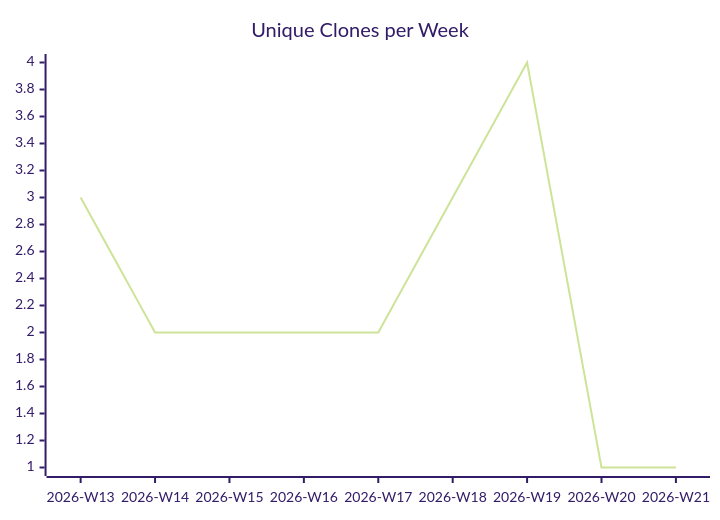
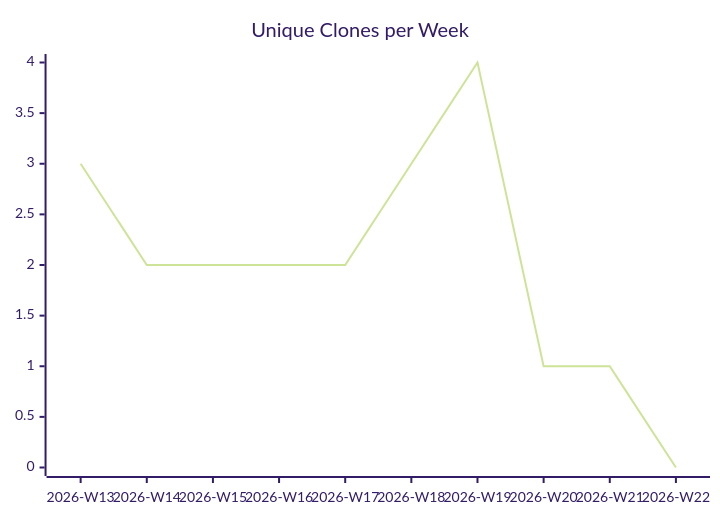
The third of 3 diagrams in karlmdavis/can-i-kayak-baltimore/README.md (justdavis-family/github-analytics-data), drawn with Mermaid (forest theme) before and after one commit. The commit also changed other lines of this file and 190 other files, not shown here.

````diff
--- a/karlmdavis/can-i-kayak-baltimore/README.md
+++ b/karlmdavis/can-i-kayak-baltimore/README.md
@@ -19,6 +19,6 @@
 ```mermaid
 xychart-beta
   title "Unique Clones per Week"
-  x-axis ["2026-W13", "2026-W14", "2026-W15", "2026-W16", "2026-W17", "2026-W18", "2026-W19", "2026-W20", "2026-W21"]
-  line [3, 2, 2, 2, 2, 3, 4, 1, 1]
+  x-axis ["2026-W13", "2026-W14", "2026-W15", "2026-W16", "2026-W17", "2026-W18", "2026-W19", "2026-W20", "2026-W21", "2026-W22"]
+  line [3, 2, 2, 2, 2, 3, 4, 1, 1, 0]
 ```
````
